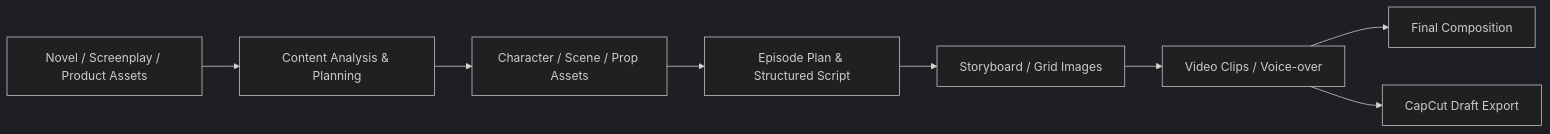
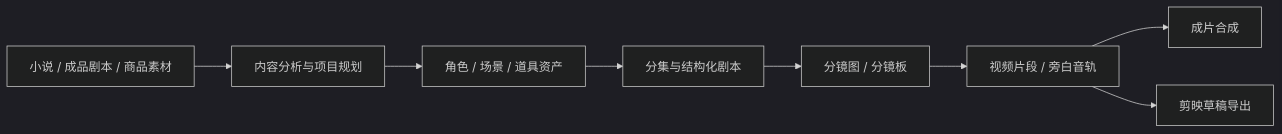
The first of 2 diagrams in README.en.md (ArcReel/ArcReel), drawn with Mermaid (dark theme) before and after one commit. The commit also changed other lines of this file and 18 other files, not shown here.

````diff
--- a/README.en.md
+++ b/README.en.md
@@ -88,10 +88,10 @@
 ```mermaid
 flowchart LR
-    A["Novel / Screenplay / Product Assets"] --> B["Content Analysis & Planning"]
-    B --> C["Character / Scene / Prop Assets"]
-    C --> D["Episode Plan & Structured Script"]
-    D --> E["Storyboard / Grid Images"]
-    E --> F["Video Clips / Voice-over"]
-    F --> G["Final Composition"]
-    F --> H["CapCut Draft Export"]
+    A["小说 / 成品剧本 / 商品素材"] --> B["内容分析与项目规划"]
+    B --> C["角色 / 场景 / 道具资产"]
+    C --> D["分集与结构化剧本"]
+    D --> E["分镜图 / 分镜板"]
+    E --> F["视频片段 / 旁白音轨"]
+    F --> G["成片合成"]
+    F --> H["剪映草稿导出"]
 ```
````
